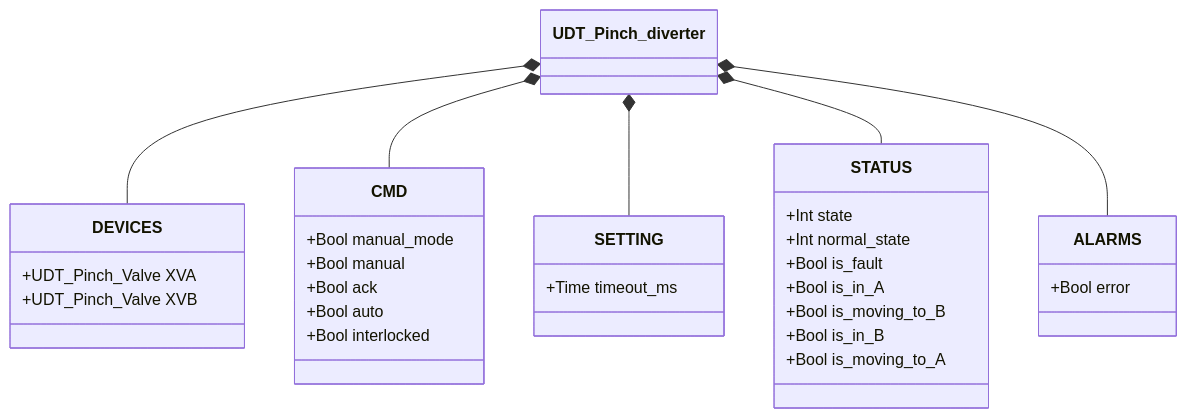
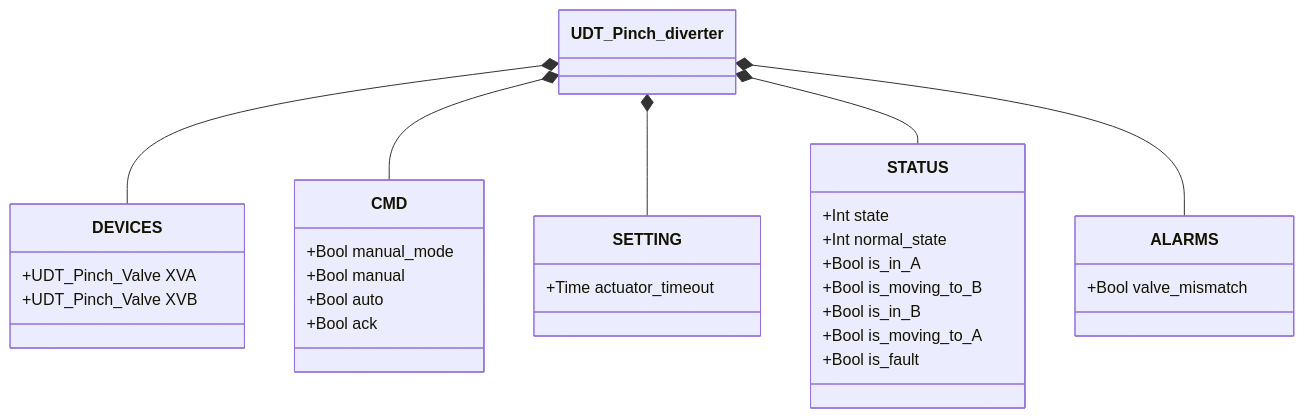
One commit to AleFire99/TIA_knowledge changed the second of 2 diagrams in docs/library/diverters/pinch_type/index.en.md. Above: the diagram before and after it, drawn with Mermaid. The commit also changed other lines of this file and 199 other files, not shown here.

````diff
--- a/docs/library/diverters/pinch_type/index.en.md
+++ b/docs/library/diverters/pinch_type/index.en.md
@@ -61,35 +99,34 @@
 ```mermaid
 classDiagram
     class UDT_Pinch_diverter
     class DEVICES {
         +UDT_Pinch_Valve XVA
         +UDT_Pinch_Valve XVB
     }
     class CMD {
         +Bool manual_mode
         +Bool manual
+        +Bool auto
         +Bool ack
-        +Bool auto
-        +Bool interlocked
     }
     class SETTING {
-        +Time timeout_ms
+        +Time actuator_timeout
     }
     class STATUS {
         +Int state
         +Int normal_state
-        +Bool is_fault
         +Bool is_in_A
         +Bool is_moving_to_B
         +Bool is_in_B
         +Bool is_moving_to_A
+        +Bool is_fault
     }
     class ALARMS {
-        +Bool error
+        +Bool valve_mismatch
     }
     UDT_Pinch_diverter *-- DEVICES
     UDT_Pinch_diverter *-- CMD
     UDT_Pinch_diverter *-- SETTING
     UDT_Pinch_diverter *-- STATUS
     UDT_Pinch_diverter *-- ALARMS
 ```
````
